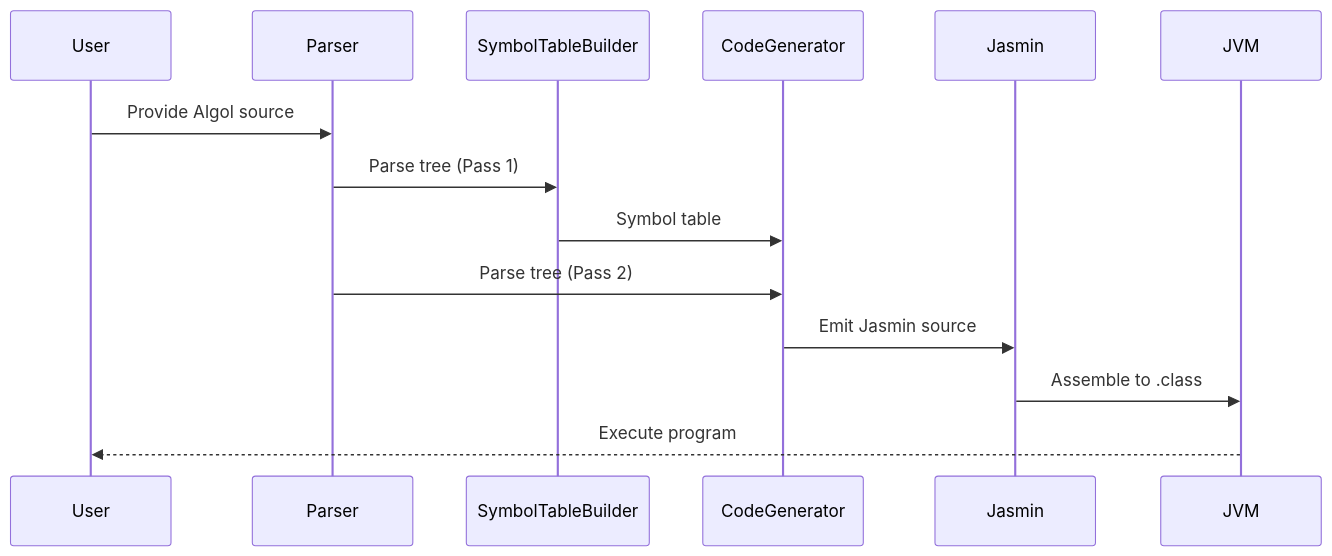
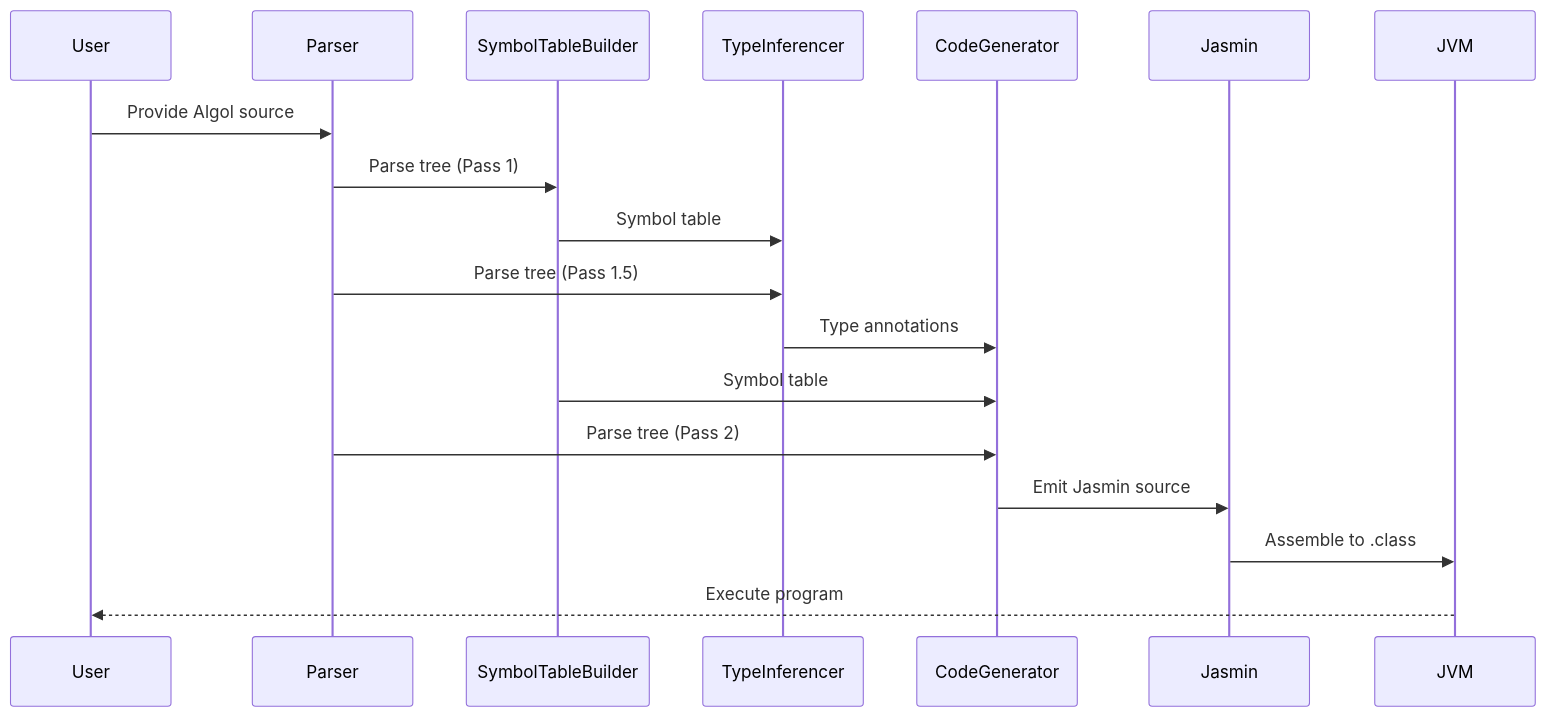
The second of 2 diagrams in docs/Architecture.md (gnbonney/Perseus), drawn with Mermaid before and after one commit. The commit also changed other lines of this file and 10 other files, not shown here.

````diff
--- a/docs/Architecture.md
+++ b/docs/Architecture.md
@@ -33,16 +38,20 @@
 ```mermaid
 sequenceDiagram
     participant User
     participant Parser
     participant SymbolTableBuilder
+    participant TypeInferencer
     participant CodeGenerator
     participant Jasmin
     participant JVM
     User->>Parser: Provide Algol source
     Parser->>SymbolTableBuilder: Parse tree (Pass 1)
+    SymbolTableBuilder->>TypeInferencer: Symbol table
+    Parser->>TypeInferencer: Parse tree (Pass 1.5)
+    TypeInferencer->>CodeGenerator: Type annotations
     SymbolTableBuilder->>CodeGenerator: Symbol table
     Parser->>CodeGenerator: Parse tree (Pass 2)
     CodeGenerator->>Jasmin: Emit Jasmin source
     Jasmin->>JVM: Assemble to .class
     JVM-->>User: Execute program
 ```
````
